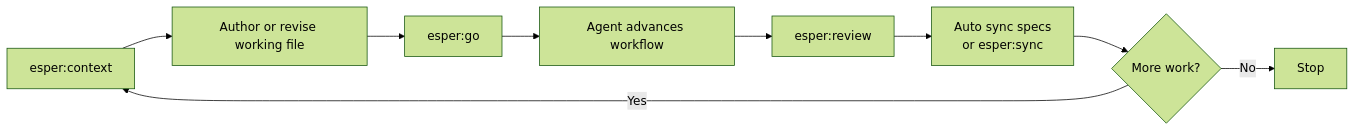
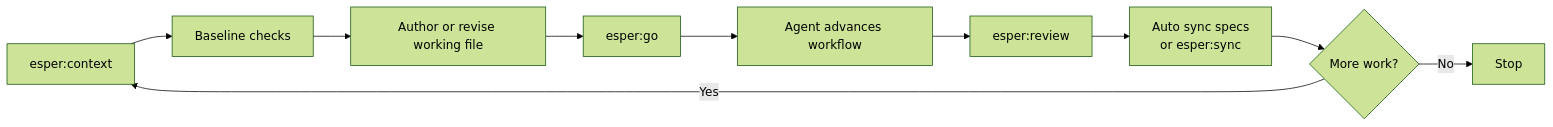
The fourth of 4 diagrams in docs/esperkit-user-manual.md (sichengchen/esper), drawn with Mermaid (forest theme) before and after one commit. The commit also changed other lines of this file and 1 other file, not shown here.

````diff
--- a/docs/esperkit-user-manual.md
+++ b/docs/esperkit-user-manual.md
@@ -302,11 +331,12 @@
 ```mermaid
 flowchart LR
-    A[esper:context] --> B[Author or revise working file]
-    B --> C[esper:go]
-    C --> D[Agent advances workflow]
-    D --> E[esper:review]
-    E --> F[Auto sync specs<br/>or esper:sync]
-    F --> G{More work?}
-    G -->|Yes| A
-    G -->|No| H[Stop]
+    A[esper:context] --> B[Baseline checks]
+    B --> C[Author or revise working file]
+    C --> D[esper:go]
+    D --> E[Agent advances workflow]
+    E --> F[esper:review]
+    F --> G[Auto sync specs<br/>or esper:sync]
+    G --> H{More work?}
+    H -->|Yes| A
+    H -->|No| I[Stop]
 ```
````
